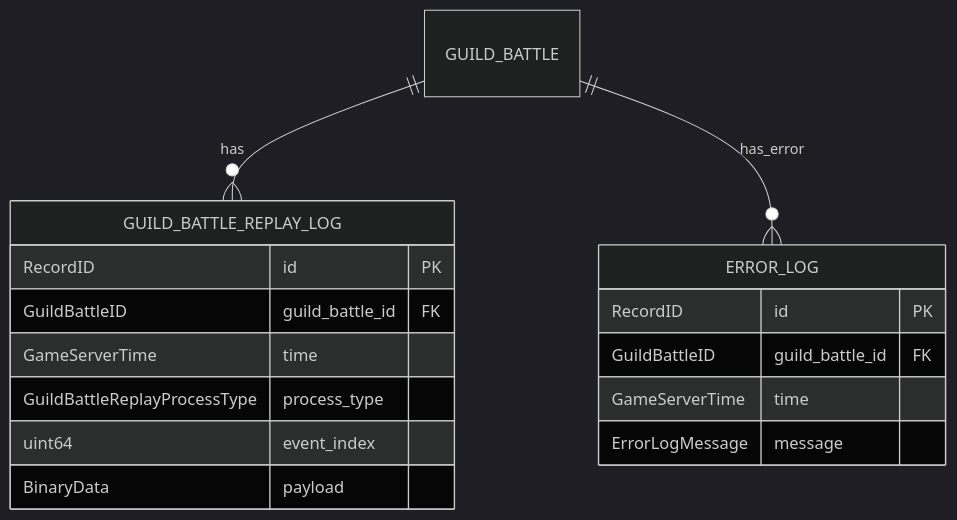
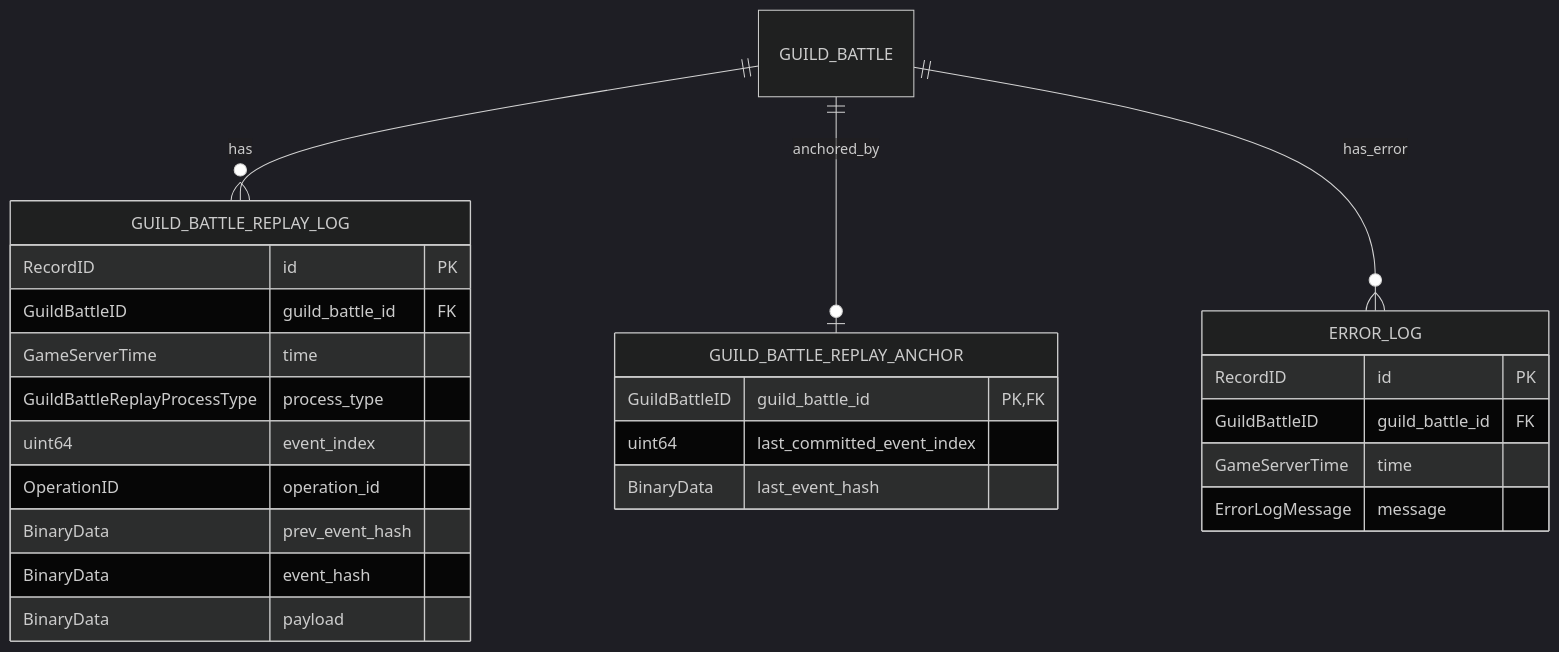
Before and after one commit to ReHydrangeaOdyssey/Specifications: the eighth of 8 diagrams in design/server/data_base.md, drawn with Mermaid (dark theme). The commit also changed other lines of this file and 7 other files, not shown here.

````diff
--- a/design/server/data_base.md
+++ b/design/server/data_base.md
@@ -599,21 +599,31 @@
 ```mermaid
 erDiagram
     GUILD_BATTLE_REPLAY_LOG {
         RecordID id PK
         GuildBattleID guild_battle_id FK
         GameServerTime time
         GuildBattleReplayProcessType process_type
         uint64 event_index
+        OperationID operation_id
+        BinaryData prev_event_hash
+        BinaryData event_hash
         BinaryData payload
+    }
+
+    GUILD_BATTLE_REPLAY_ANCHOR {
+        GuildBattleID guild_battle_id PK, FK
+        uint64 last_committed_event_index
+        BinaryData last_event_hash
     }
 
     ERROR_LOG {
         RecordID id PK
         GuildBattleID guild_battle_id FK
         GameServerTime time
         ErrorLogMessage message
     }
 
     GUILD_BATTLE ||--o{ GUILD_BATTLE_REPLAY_LOG : has
+    GUILD_BATTLE ||--o| GUILD_BATTLE_REPLAY_ANCHOR : anchored_by
     GUILD_BATTLE ||--o{ ERROR_LOG : has_error
 ```
````
